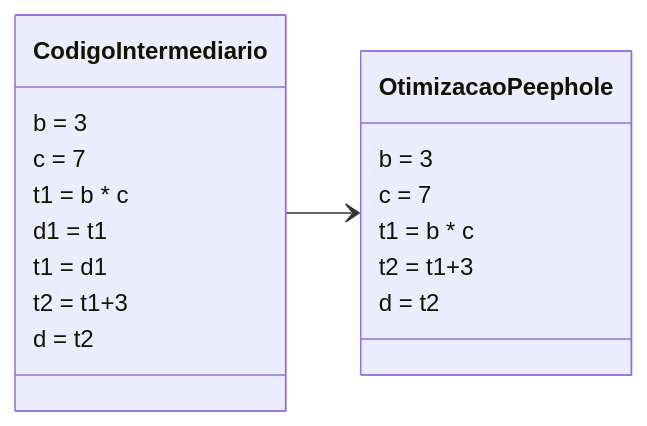
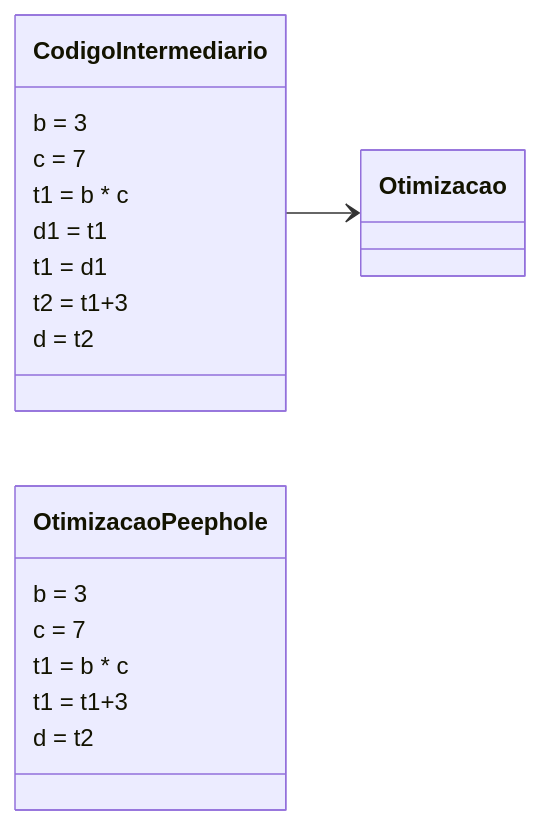
The fourth of 5 diagrams in Introducao.md (Programando-o-Mundo/Microfundamentos-Compiladores), drawn with Mermaid before and after one commit. The commit also changed other lines of this file, not shown here.

````diff
--- a/Introducao.md
+++ b/Introducao.md
@@ -289,22 +299,22 @@
 ```mermaid
 classDiagram
 
 class CodigoIntermediario 
 CodigoIntermediario  : b = 3
 CodigoIntermediario  : c = 7
 CodigoIntermediario  : t1 = b * c
 CodigoIntermediario  : d1 = t1
 CodigoIntermediario  : t1 = d1 
 CodigoIntermediario  : t2 = t1+3
 CodigoIntermediario  : d = t2
 
 direction LR
-CodigoIntermediario --> OtimizacaoPeephole
+CodigoIntermediario --> Otimizacao
 
 class OtimizacaoPeephole
 OtimizacaoPeephole  : b = 3
 OtimizacaoPeephole  : c = 7
 OtimizacaoPeephole  : t1 = b * c
-OtimizacaoPeephole  : t2 = t1+3
+OtimizacaoPeephole  : t1 = t1+3
 OtimizacaoPeephole  : d = t2
 ```
````
